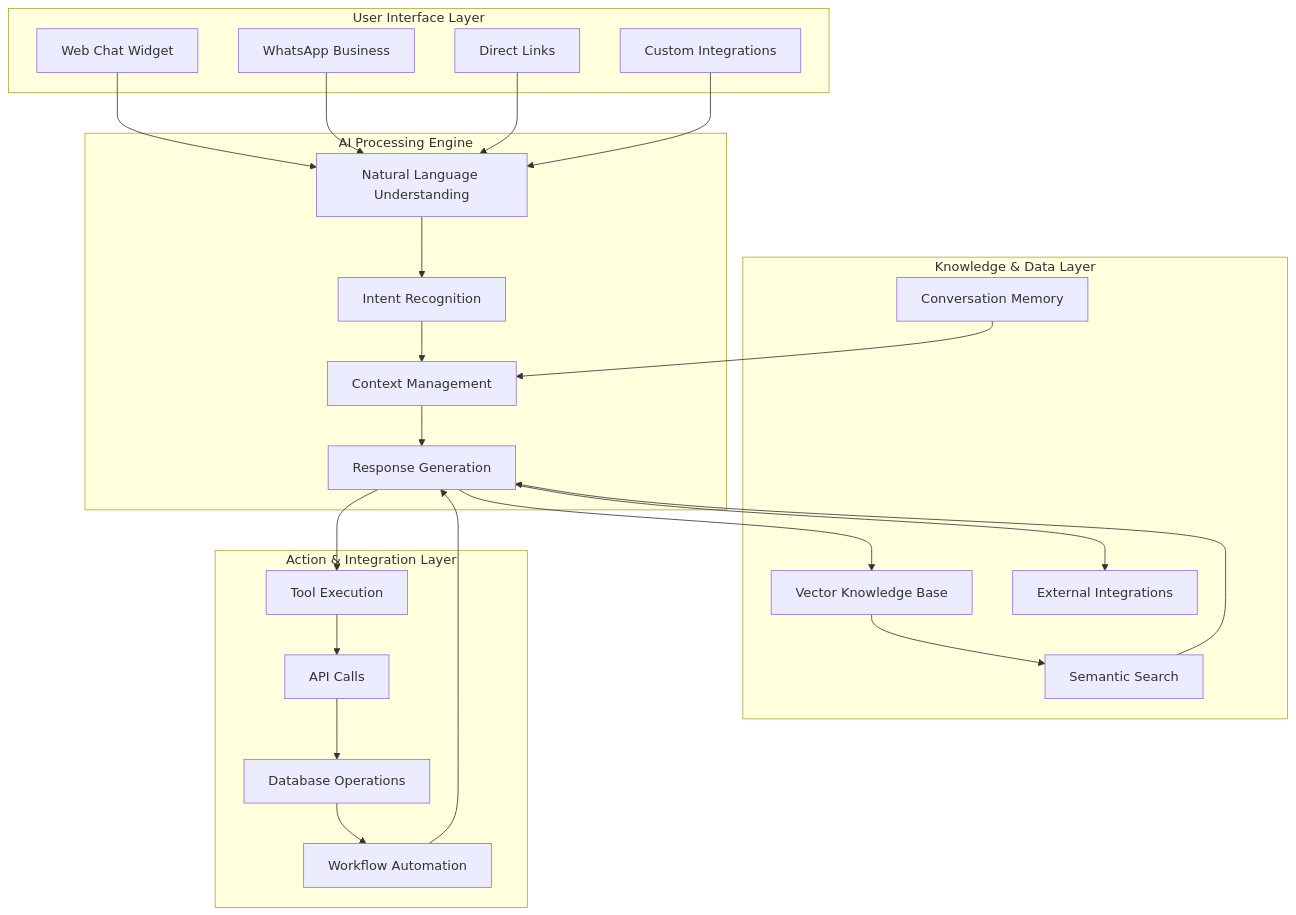
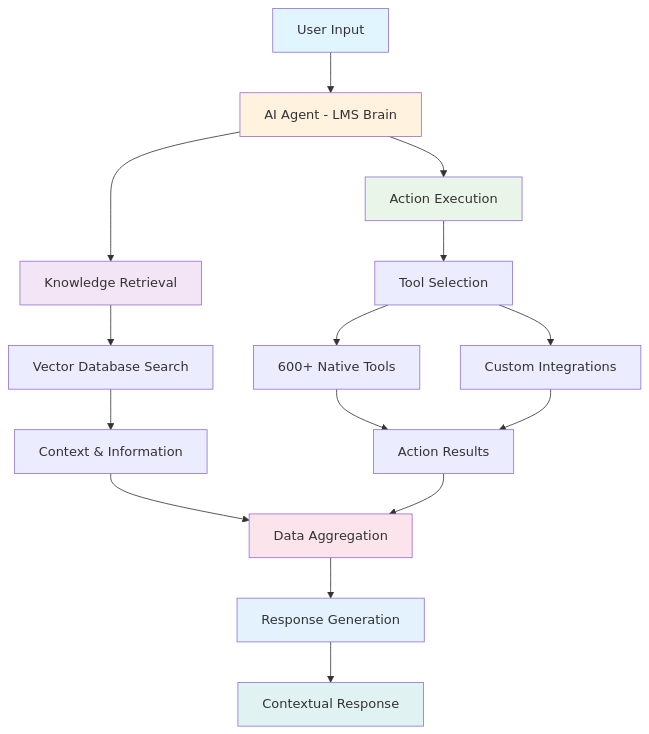
One commit to VENUCODE/docs changed the second of 3 diagrams in platform-fundamentals/how-tars-works.mdx. Above: the diagram before and after it, drawn with Mermaid. The commit also changed other lines of this file and 11 other files, not shown here.

````diff
--- a/platform-fundamentals/how-tars-works.mdx
+++ b/platform-fundamentals/how-tars-works.mdx
@@ -10,52 +99,29 @@
 ```mermaid
-graph TB
-    subgraph "User Interface Layer"
-        A[Web Chat Widget]
-        B[WhatsApp Business]
-        C[Direct Links]
-        D[Custom Integrations]
-    end
+flowchart TD
+    A[User Input] --> B[AI Agent - LMS Brain]
     
-    subgraph "AI Processing Engine"
-        E[Natural Language Understanding]
-        F[Intent Recognition]
-        G[Context Management]
-        H[Response Generation]
-    end
+    B --> C[Knowledge Retrieval]
+    B --> D[Action Execution]
     
-    subgraph "Knowledge & Data Layer"
-        I[Vector Knowledge Base]
-        J[Semantic Search]
-        K[External Integrations]
-        L[Conversation Memory]
-    end
+    C --> E[Vector Database Search]
+    E --> F[Context & Information]
     
-    subgraph "Action & Integration Layer"
-        M[Tool Execution]
-        N[API Calls]
-        O[Database Operations]
-        P[Workflow Automation]
-    end
-    
-    A --> E
-    B --> E
-    C --> E
-    D --> E
-    
-    E --> F
-    F --> G
-    G --> H
-    
-    H --> I
-    H --> K
+    D --> G[Tool Selection]
+    G --> H[600+ Native Tools]
+    G --> I[Custom Integrations]
+    H --> J[Action Results]
     I --> J
     
-    H --> M
-    M --> N
-    N --> O
-    O --> P
+    F --> K[Data Aggregation]
+    J --> K
+    K --> L[Response Generation]
+    L --> M[Contextual Response]
     
-    J --> H
-    L --> G
-    P --> H
+    style A fill:#e1f5fe
+    style B fill:#fff3e0
+    style C fill:#f3e5f5
+    style D fill:#e8f5e8
+    style K fill:#fce4ec
+    style L fill:#e3f2fd
+    style M fill:#e0f2f1
 ```
````
